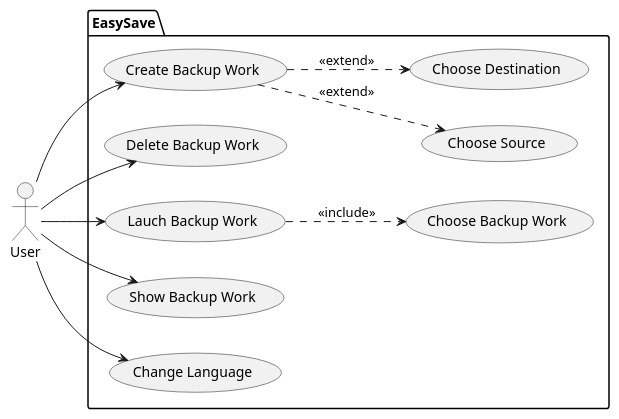
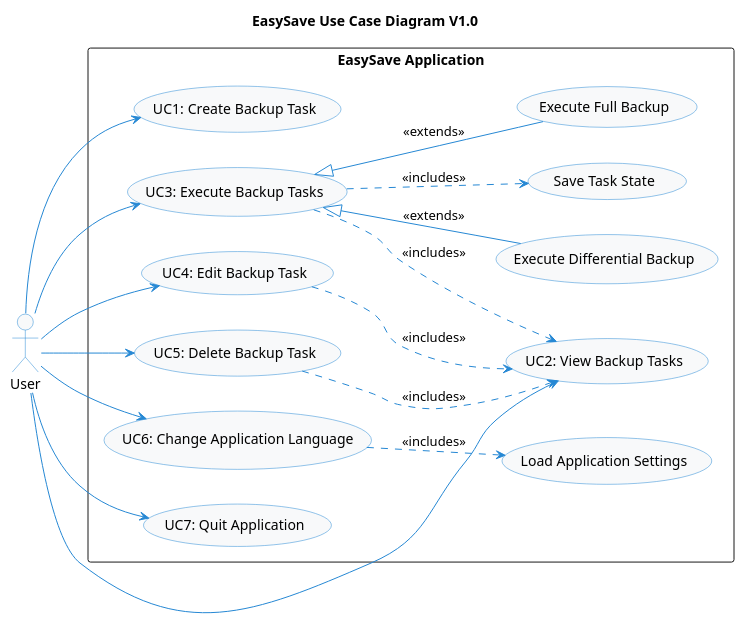
The diagram in DOC/UseCaseDiagram.wsd (Meckagameers85/EasySave), drawn with PlantUML before and after one commit.

Commit message:
UPDATE UseCaseDiagram

```diff
--- a/DOC/UseCaseDiagram.wsd
+++ b/DOC/UseCaseDiagram.wsd
@@ -1,27 +1,57 @@
-@startuml
+@startuml EasySave Use Case Diagram
+title EasySave Use Case Diagram V1.0
+
 left to right direction
-actor User as U
-' actor "OS (File Manager)" as OS
-package EasySave {
-  usecase "Create Backup Work" as UC1
-  usecase "Delete Backup Work" as UC2
-  usecase "Lauch Backup Work" as UC3
-  usecase "Show Backup Work" as UC4
-  usecase "Choose Backup Work" as UC5
-  usecase "Choose Source" as UC6
-  usecase "Choose Destination" as UC7
-  usecase "Change Language" as UC8
+
+' Styling
+skinparam usecase {
+  BackgroundColor #F8F9FA
+  BorderColor #2688d4
+  ArrowColor #2688d4
 }
-U --> UC8
-U --> UC1
-UC1 ..> UC6 : <<extend>>
-UC1 ..> UC7 : <<extend>>
-U --> UC2
-U --> UC3
-U --> UC4
-UC3 ..> UC5 : <<include>>
 
-' UC3 -- OS 
+skinparam actor {
+  BorderColor #2688d4
+  BackgroundColor #F8F9FA
+}
+
+' Actor
+actor "User" as User
+
+' Use cases
+rectangle "EasySave Application" {
+  usecase "UC1: Create Backup Task" as UC1
+  usecase "UC2: View Backup Tasks" as UC2
+  usecase "UC3: Execute Backup Tasks" as UC3
+  usecase "UC4: Edit Backup Task" as UC4
+  usecase "UC5: Delete Backup Task" as UC5
+  usecase "UC6: Change Application Language" as UC6
+  usecase "UC7: Quit Application" as UC7
+
+  ' Extended use cases
+  usecase "Execute Full Backup" as UCFull
+  usecase "Execute Differential Backup" as UCDiff
+  usecase "Save Task State" as UCState
+  usecase "Load Application Settings" as UCSettings
+}
+
+' Relationships
+User --> UC1
+User --> UC2
+User --> UC3
+User --> UC4
+User --> UC5
+User --> UC6
+User --> UC7
+
+UC3 <|-- UCFull : <<extends>>
+UC3 <|-- UCDiff : <<extends>>
+UC3 ..> UCState : <<includes>>
+UC6 ..> UCSettings : <<includes>>
 
 
+UC3 ..> UC2 : <<includes>>
+UC4 ..> UC2 : <<includes>>
+UC5 ..> UC2 : <<includes>>
+
 @enduml
```
